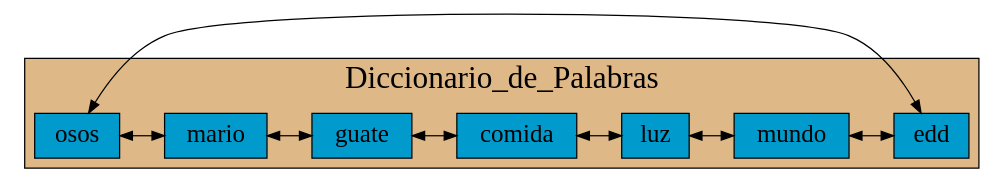
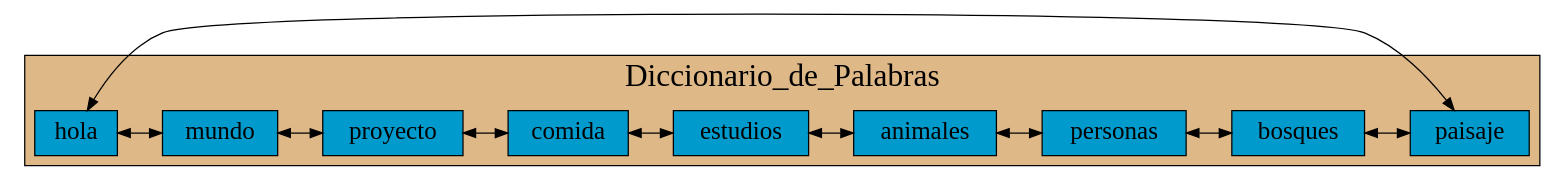
The diagram in Graficas/LCD_Diccionario.dot (mariotun/EDD_1S2020_PY1_201602942), drawn with Graphviz before and after one commit. The commit also changed 10 other files, not shown here.

```diff
--- a/Graficas/LCD_Diccionario.dot
+++ b/Graficas/LCD_Diccionario.dot
@@ -1,35 +1,42 @@
 digraph Lista_Doble{
 
 graph[ranksep= "0.5",nodesep= "0.5"];
 node[fontcolor=black shape=box style=filled fillcolor=deepskyblue3 fontsize=20];
 
 subgraph cluster_1 {
 
 fontname=algerian
 fontsize=25;
 label="Diccionario_de_Palabras";
 fontcolor=black
 style=filled
 fillcolor=burlywood
 labelloc=t;{rank=same;
-25770344240[label=" mario"];
-25770344320[label=" guate"];
-25770344400[label=" comida"];
-25770344480[label=" luz"];
-25770344560[label=" mundo"];
-25770344640[label=" edd"];
-25770344720[label=" osos"];
+25770494416[label=" hola"];
+25770494448[label=" mundo"];
+25770494480[label=" proyecto"];
+25770494512[label=" comida"];
+25770494544[label=" estudios"];
+25770494576[label=" animales"];
+25770494608[label=" personas"];
+25770494640[label=" bosques"];
+25770494672[label=" paisaje"];
 };
 
-25770344240->
-25770344320->
-25770344400->
-25770344480->
-25770344560->
-25770344640->
-25770344720->25770344240
+25770494416->
+25770494448->
+25770494480->
+25770494512->
+25770494544->
+25770494576->
+25770494608->
+25770494640->
+25770494672[dir=both color=black];
+
+
+25770494416->25770494672
 [dir=both color=black];
 
  }
 
 }
```
